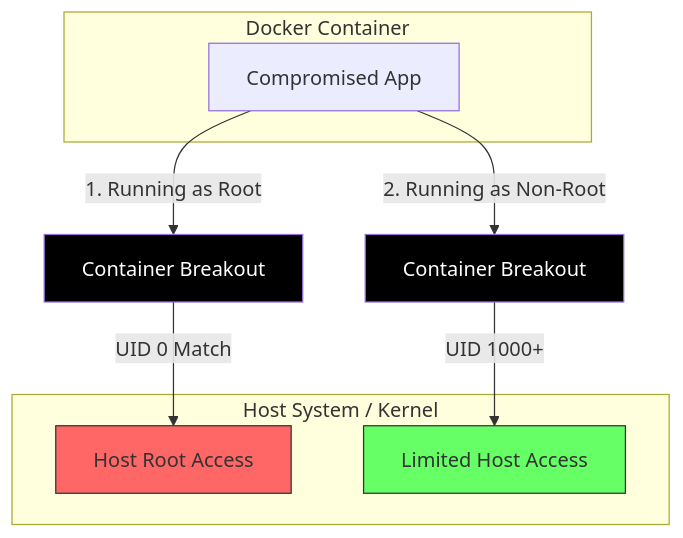
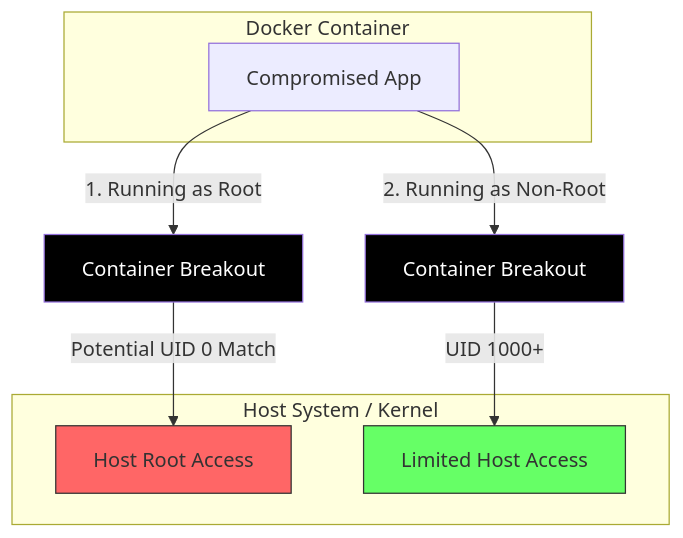
The diagram in docker/security.md (hyoguoo/docs), drawn with Mermaid before and after one commit. The commit also changed other lines of this file, not shown here.

````diff
--- a/docker/security.md
+++ b/docker/security.md
@@ -28,20 +32,20 @@
 ```mermaid
 flowchart TD
     subgraph Container [Docker Container]
         App[Compromised App]
     end
 
     subgraph Host [Host System / Kernel]
         Root[Host Root Access]
         User[Limited Host Access]
     end
 
     App -- " 1. Running as Root " --> Escape1[Container Breakout]
-    Escape1 -->|UID 0 Match| Root
+    Escape1 -->|Potential UID 0 Match| Root
     App -- " 2. Running as Non-Root " --> Escape2[Container Breakout]
     Escape2 -->|UID 1000+| User
     style Root fill: #f66, stroke: #333
     style User fill: #6f6, stroke: #333
     style Escape1 color: #fff, fill: #000
     style Escape2 color: #fff, fill: #000
 ```
````
